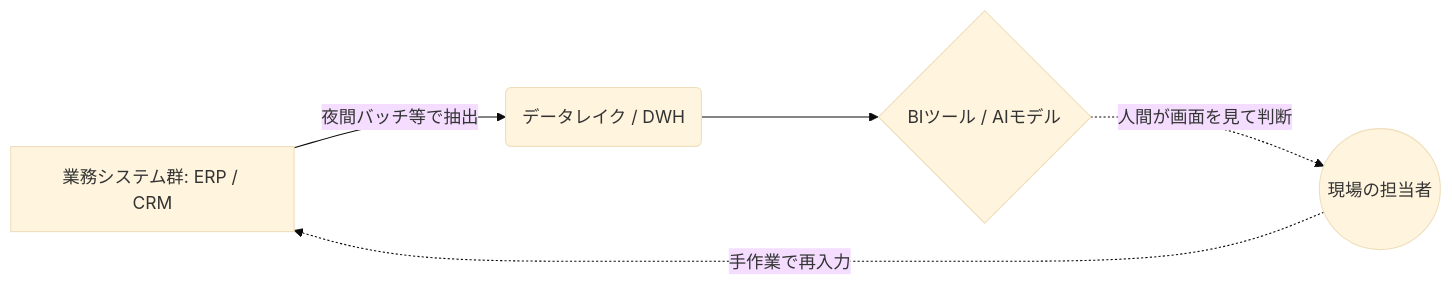
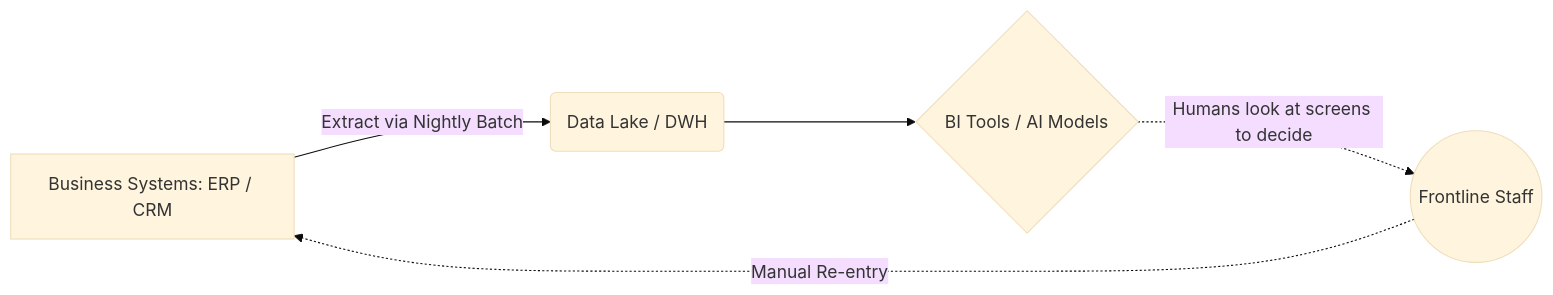
One commit to jonnydubowsky/palantir-ontology-strategy changed the first of 9 diagrams in docs/the-palantir-impact_jp.md. Above: the diagram before and after it, drawn with Mermaid (base theme). The commit also changed other lines of this file and 2 other files, not shown here.

````diff
--- a/docs/the-palantir-impact_jp.md
+++ b/docs/the-palantir-impact_jp.md
@@ -19,7 +19,7 @@
 ```mermaid
 flowchart LR
-    A[業務システム群: ERP / CRM] -->|夜間バッチ等で抽出| B(データレイク / DWH)
-    B --> C{BIツール / AIモデル}
-    C -.->|人間が画面を見て判断| D((現場の担当者))
-    D -.->|手作業で再入力| A
+    A[Business Systems: ERP / CRM] -->|Extract via Nightly Batch| B(Data Lake / DWH)
+    B --> C{BI Tools / AI Models}
+    C -.->|Humans look at screens to decide| D((Frontline Staff))
+    D -.->|Manual Re-entry| A
 ```
````
